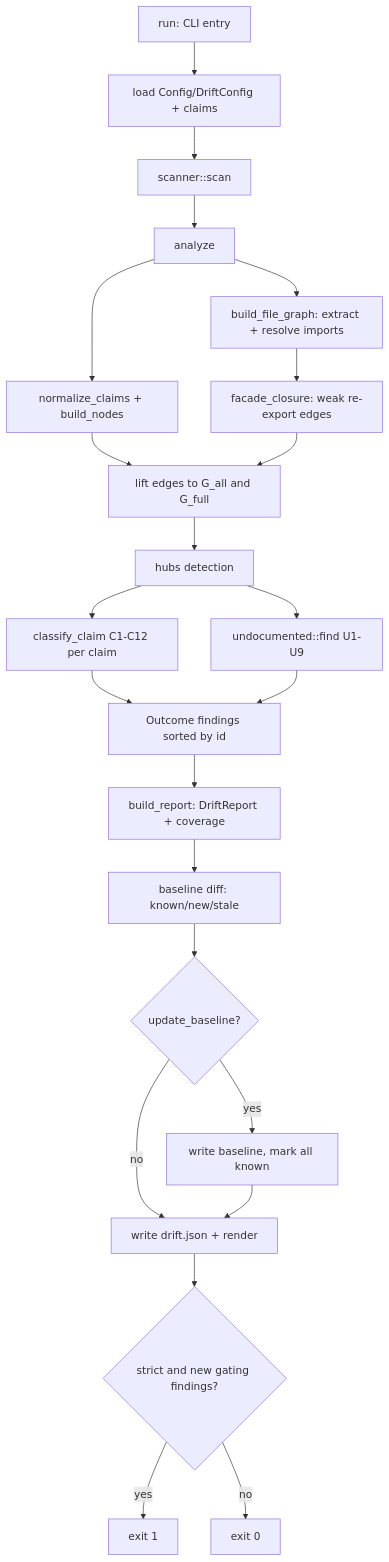
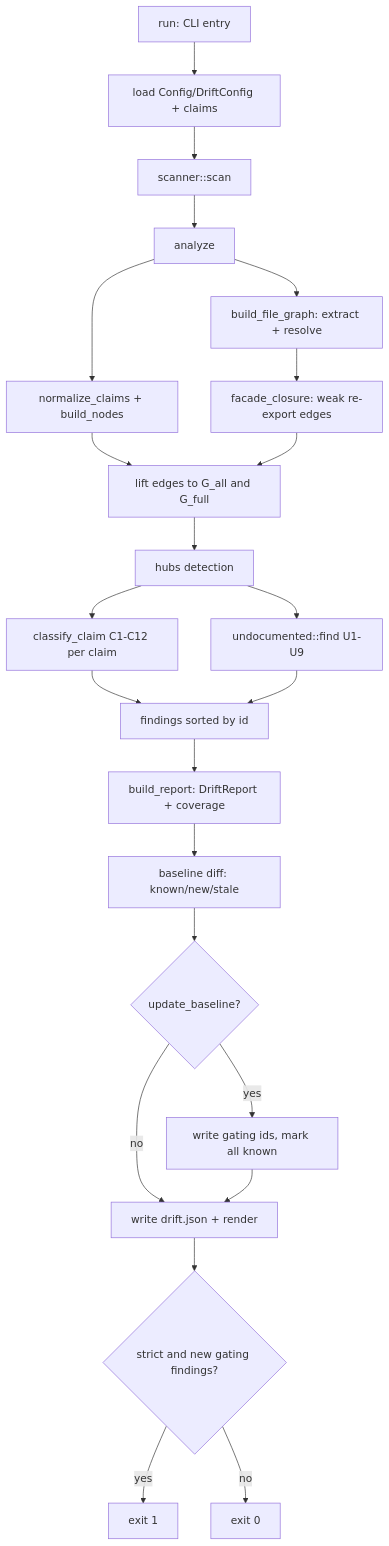
Before and after one commit to tidusvn05/agentwiki: the second of 2 diagrams in docs/vi/4.Deep-Exploration/Drift Detection & Claim Verification.md, drawn with Mermaid. The commit also changed other lines of this file and 10 other files, not shown here.

````diff
--- a/docs/vi/4.Deep-Exploration/Drift Detection & Claim Verification.md
+++ b/docs/vi/4.Deep-Exploration/Drift Detection & Claim Verification.md
@@ -37,25 +82,25 @@
 ```mermaid
 flowchart TD
-  A[run: CLI entry] --> B[load Config/DriftConfig + claims]
-  B --> C[scanner::scan]
-  C --> D[analyze]
-  D --> E[normalize_claims + build_nodes]
-  D --> F[build_file_graph: extract + resolve imports]
-  F --> G[facade_closure: weak re-export edges]
-  E --> H[lift edges to G_all and G_full]
-  G --> H
-  H --> I[hubs detection]
-  I --> J[classify_claim C1-C12 per claim]
-  I --> K[undocumented::find U1-U9]
-  J --> L[Outcome findings sorted by id]
-  K --> L
-  L --> M[build_report: DriftReport + coverage]
-  M --> N[baseline diff: known/new/stale]
-  N --> O{update_baseline?}
-  O -->|yes| P[write baseline, mark all known]
-  O -->|no| Q[write drift.json + render]
-  P --> Q
-  Q --> R{strict and new gating findings?}
-  R -->|yes| S[exit 1]
-  R -->|no| T[exit 0]
+    A[run: CLI entry] --> B[load Config/DriftConfig + claims]
+    B --> C[scanner::scan]
+    C --> D[analyze]
+    D --> E[normalize_claims + build_nodes]
+    D --> F[build_file_graph: extract + resolve]
+    F --> G[facade_closure: weak re-export edges]
+    E --> H[lift edges to G_all and G_full]
+    G --> H
+    H --> I[hubs detection]
+    I --> J[classify_claim C1-C12 per claim]
+    I --> K[undocumented::find U1-U9]
+    J --> L[findings sorted by id]
+    K --> L
+    L --> M[build_report: DriftReport + coverage]
+    M --> N[baseline diff: known/new/stale]
+    N --> O{update_baseline?}
+    O -- yes --> P[write gating ids, mark all known]
+    O -- no --> Q[write drift.json + render]
+    P --> Q
+    Q --> R{strict and new gating findings?}
+    R -- yes --> S[exit 1]
+    R -- no --> T[exit 0]
 ```
````
